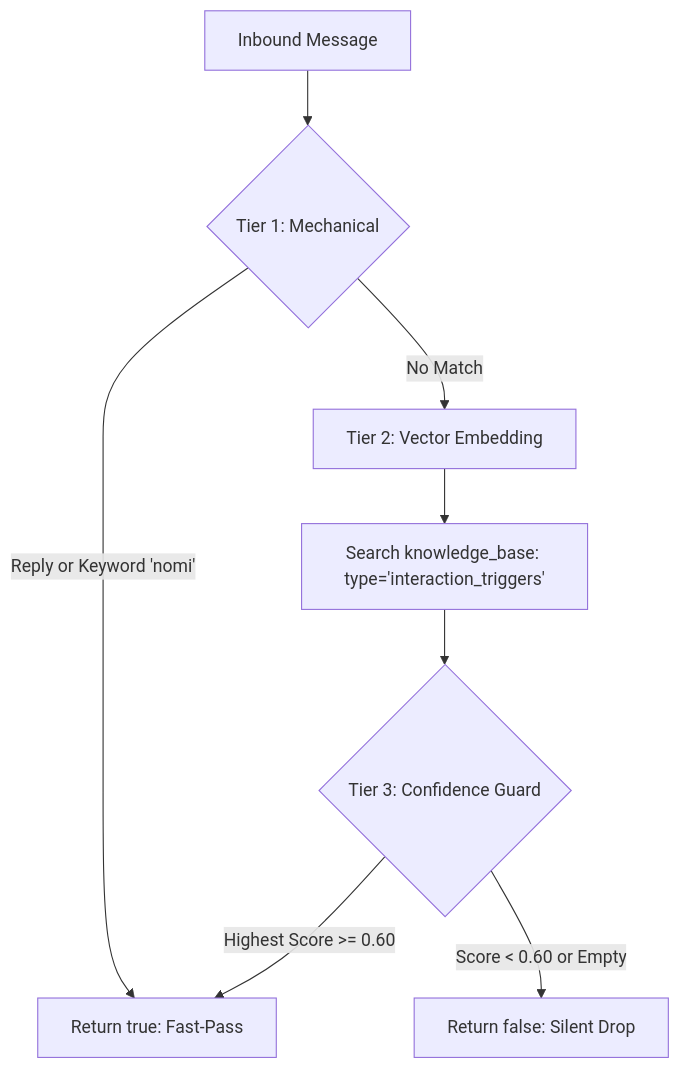
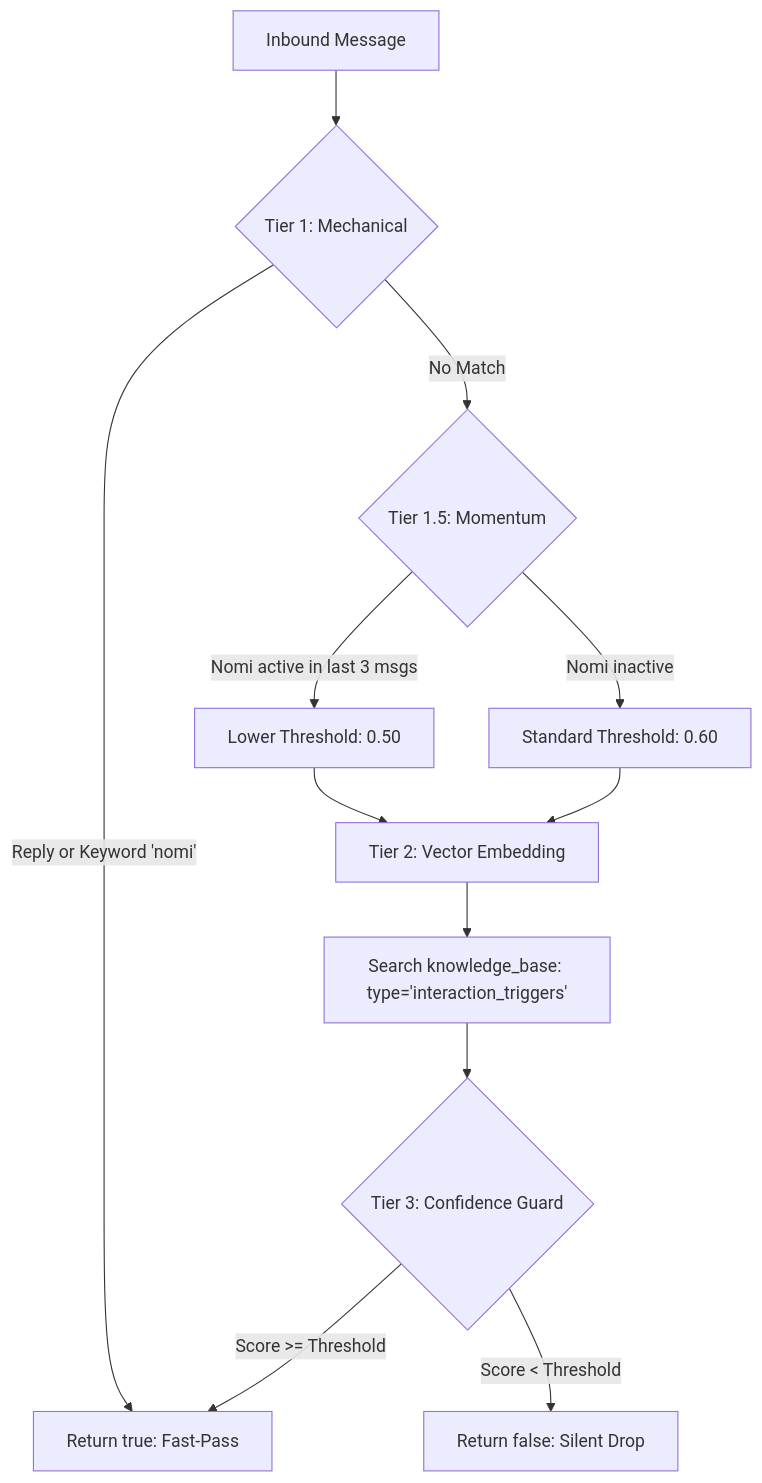
Before and after one commit to triandamai/nomi: the third of 7 diagrams in gateway-rust/README.md, drawn with Mermaid. The commit also changed other lines of this file and 37 other files, not shown here.

````diff
--- a/gateway-rust/README.md
+++ b/gateway-rust/README.md
@@ -83,10 +83,14 @@
 ```mermaid
 graph TD
     Start[Inbound Message] --> Tier1{Tier 1: Mechanical}
     Tier1 -->|Reply or Keyword 'nomi'| Yes[Return true: Fast-Pass]
-    Tier1 -->|No Match| Tier2[Tier 2: Vector Embedding]
+    Tier1 -->|No Match| Tier15{Tier 1.5: Momentum}
+    Tier15 -->|Nomi active in last 3 msgs| Boost[Lower Threshold: 0.50]
+    Tier15 -->|Nomi inactive| Std[Standard Threshold: 0.60]
+    Boost --> Tier2[Tier 2: Vector Embedding]
+    Std --> Tier2
     Tier2 --> Search[Search knowledge_base: type='interaction_triggers']
     Search --> Tier3{Tier 3: Confidence Guard}
-    Tier3 -->|Highest Score >= 0.60| Yes
-    Tier3 -->|Score < 0.60 or Empty| No[Return false: Silent Drop]
+    Tier3 -->|Score >= Threshold| Yes
+    Tier3 -->|Score < Threshold| No[Return false: Silent Drop]
 ```
````
